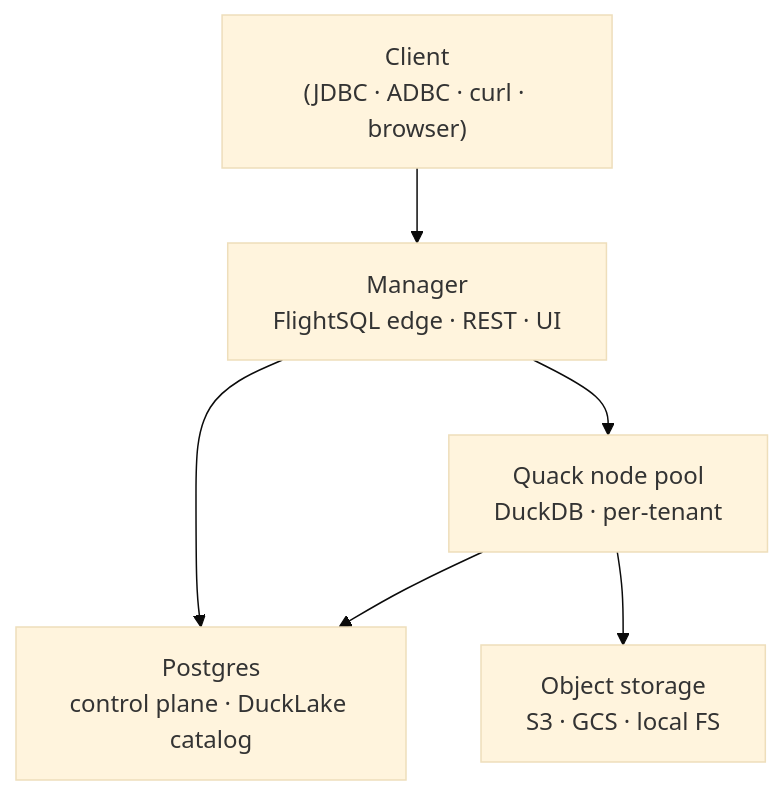
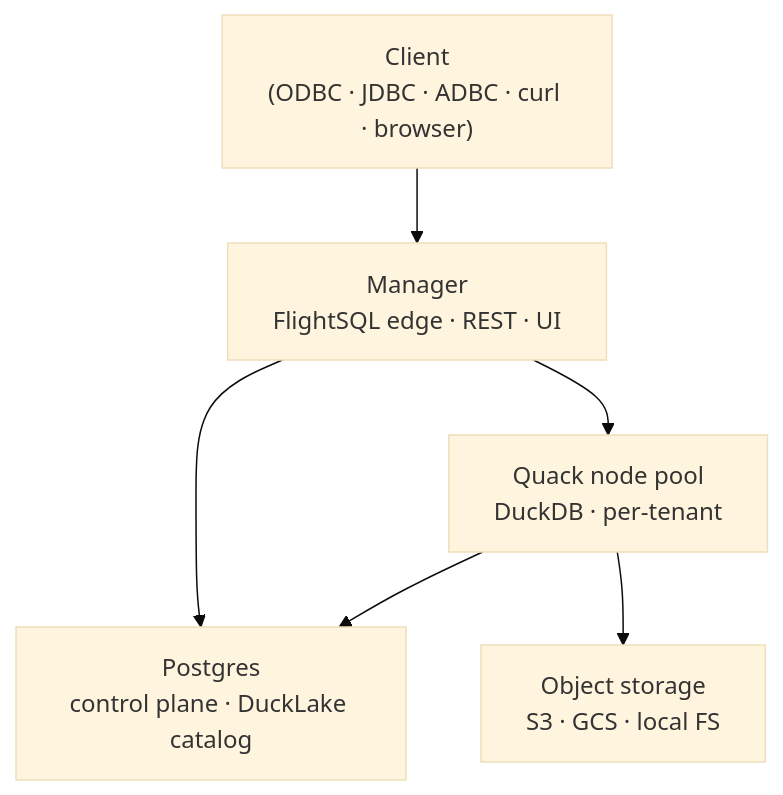
Before and after one commit to starlake-ai/quack-on-demand: the first of 2 diagrams in README.md, drawn with Mermaid (base theme). The commit also changed other lines of this file, not shown here.

First line of the commit message:
docs: add data-residency diagram for live BI connections

````diff
--- a/README.md
+++ b/README.md
@@ -120,14 +120,14 @@
 ```mermaid
 flowchart TD
-    client["Client<br/>(JDBC · ADBC · curl · browser)"]
+    client["Client<br/>(ODBC · JDBC · ADBC · curl · browser)"]
     manager["Manager<br/>FlightSQL edge · REST · UI"]
     nodes["Quack node pool<br/>DuckDB · per-tenant"]
     pg["Postgres<br/>control plane · DuckLake catalog"]
     obj["Object storage<br/>S3 · GCS · local FS"]
 
     client  --> manager
     manager --> nodes
     manager --> pg
     nodes   --> pg
     nodes   --> obj
 ```
````
